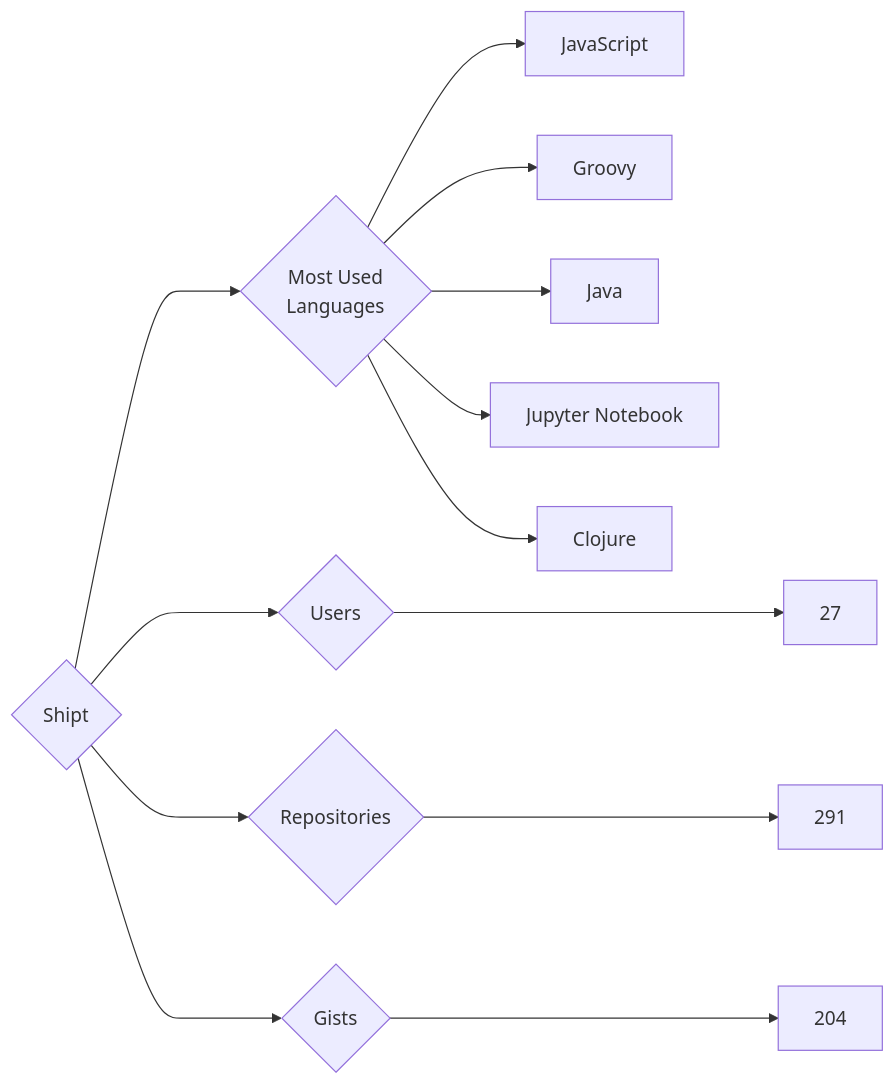
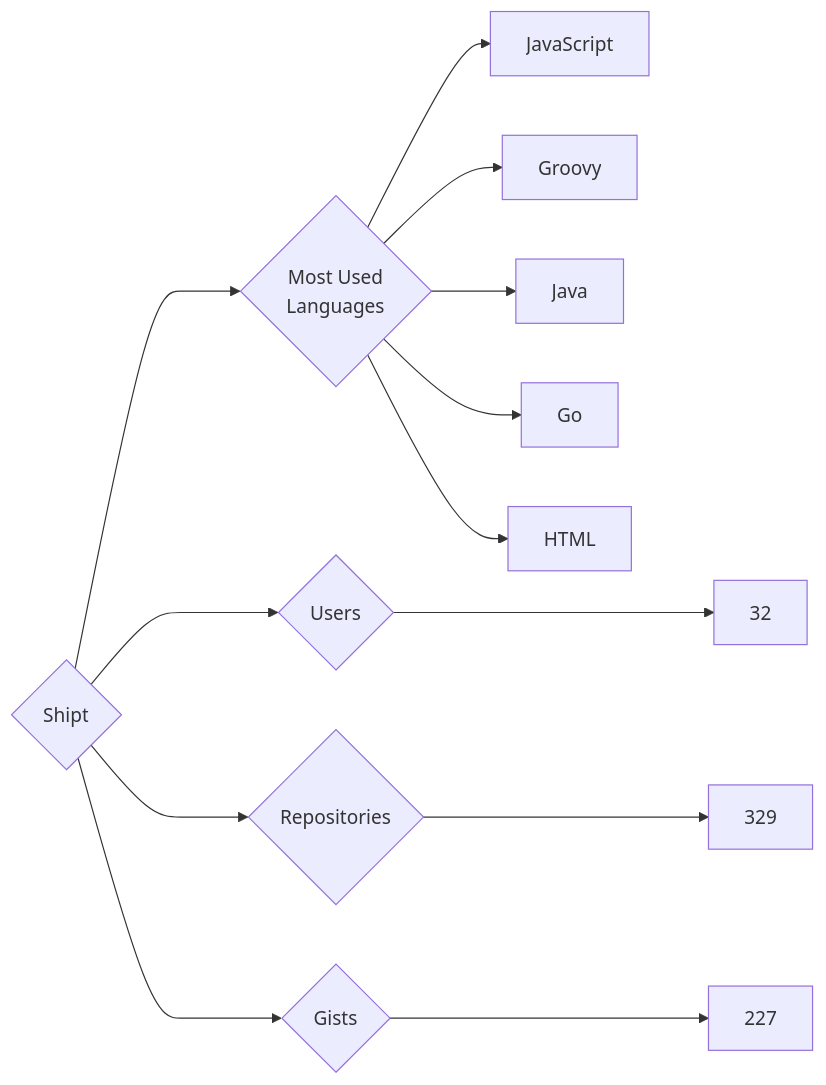
The diagram in targets/Shipt/README.md (trickest/insiders), drawn with Mermaid before and after one commit. The commit also changed 796 other files, not shown here.

````diff
--- a/targets/Shipt/README.md
+++ b/targets/Shipt/README.md
@@ -3,13 +3,13 @@
 ```mermaid
 graph LR
 COMPANY_NAME{Shipt}
-COMPANY_NAME ---> U{Users} ---> UN[27]
-COMPANY_NAME ---> R{Repositories} ---> RN[291]
-COMPANY_NAME ---> G{Gists} ---> GN[204]
+COMPANY_NAME ---> U{Users} ---> UN[32]
+COMPANY_NAME ---> R{Repositories} ---> RN[329]
+COMPANY_NAME ---> G{Gists} ---> GN[227]
 COMPANY_NAME ---> ML{Most Used<br>Languages}
 ML --> JavaScript[JavaScript]
 ML --> Groovy[Groovy]
 ML --> Java[Java]
-ML --> Jupyter_Notebook[Jupyter Notebook]
-ML --> Clojure[Clojure]
+ML --> Go[Go]
+ML --> HTML[HTML]
 ```
````
